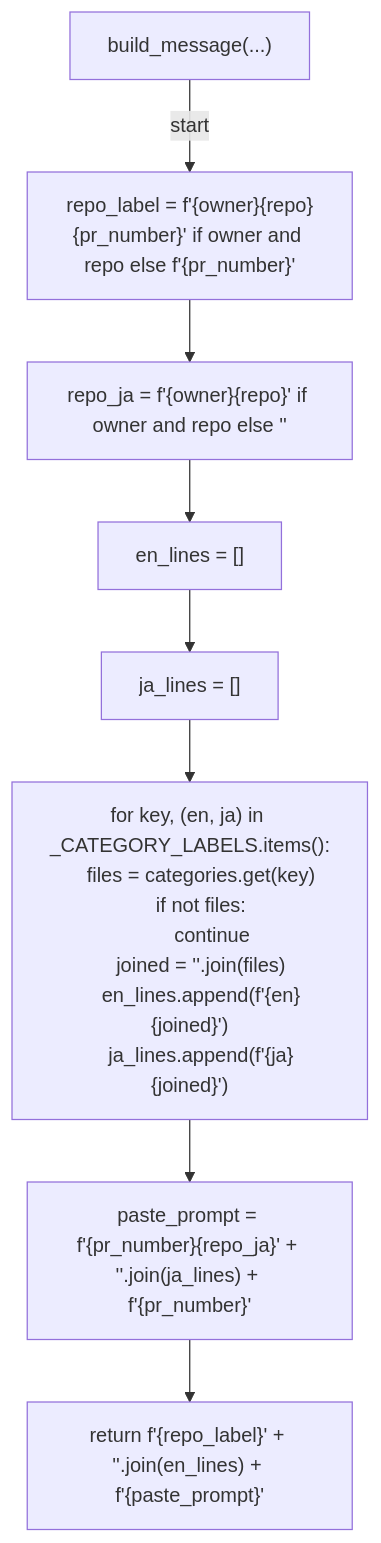
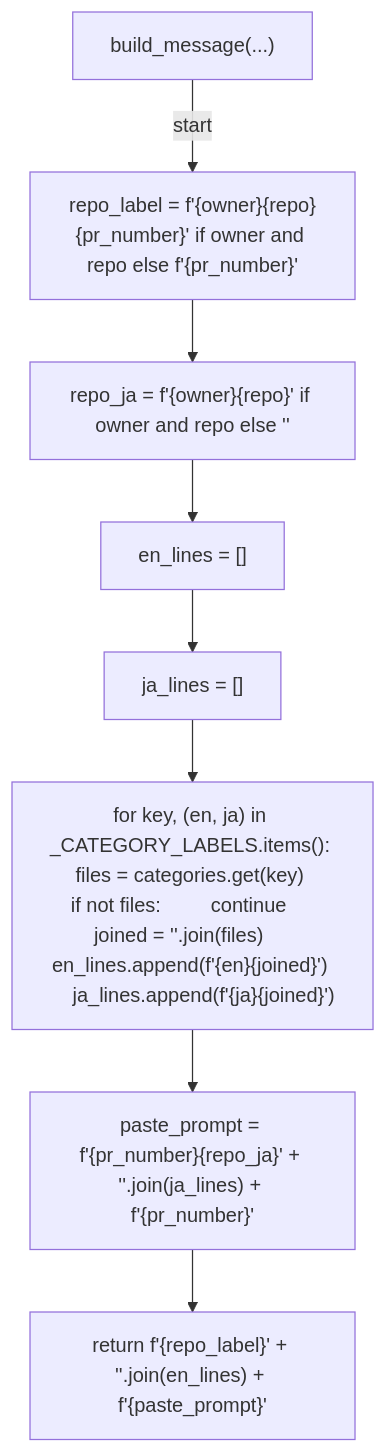
One commit to tvna/claude-md changed the seventh of 9 diagrams in docs/generated/scripts/ast/post_merge_new_session_prompt.md. Above: the diagram before and after it, drawn with Mermaid. The commit also changed other lines of this file and 30 other files, not shown here.

First line of the commit message:
docs(generated): regenerate decision tree and workflow diagrams (batch 2/5)

````diff
--- a/docs/generated/scripts/ast/post_merge_new_session_prompt.md
+++ b/docs/generated/scripts/ast/post_merge_new_session_prompt.md
@@ -202,24 +150,18 @@
 ```mermaid
 flowchart TD
     N001["build_message(...)"]
     N002["repo_label = f'{owner}<str>{repo}<str>{pr_number}' if owner and repo else f'<str>{pr_number}'"]
     N003["repo_ja = f'{owner}<str>{repo}' if owner and repo else '<str>'"]
     N004["en_lines = []"]
     N005["ja_lines = []"]
-    N006["for key, (en, ja) in _CATEGORY_LABELS.items():
-    files = categories.get(key)
-    if not files:
-        continue
-    joined = '<str>'.join(files)
-    en_lines.append(f'<str>{en}<str>{joined}')
-    ja_lines.append(f'<str>{ja}<str>{joined}')"]
+    N006["for key, (en, ja) in _CATEGORY_LABELS.items():     files = categories.get(key)     if not files:         continue     joined = '<str>'.join(files)     en_lines.append(f'<str>{en}<str>{joined}')     ja_lines.append(f'<str>{ja}<str>{joined}')"]
     N007["paste_prompt = f'<str>{pr_number}<str>{repo_ja}<str>' + '<str>'.join(ja_lines) + f'<str>{pr_number}<str>'"]
     N008["return f'<str>{repo_label}<str>' + '<str>'.join(en_lines) + f'<str>{paste_prompt}<str>'"]
     N001 -->|"start"| N002
     N002 --> N003
     N003 --> N004
     N004 --> N005
     N005 --> N006
     N006 --> N007
     N007 --> N008
 ```
````
